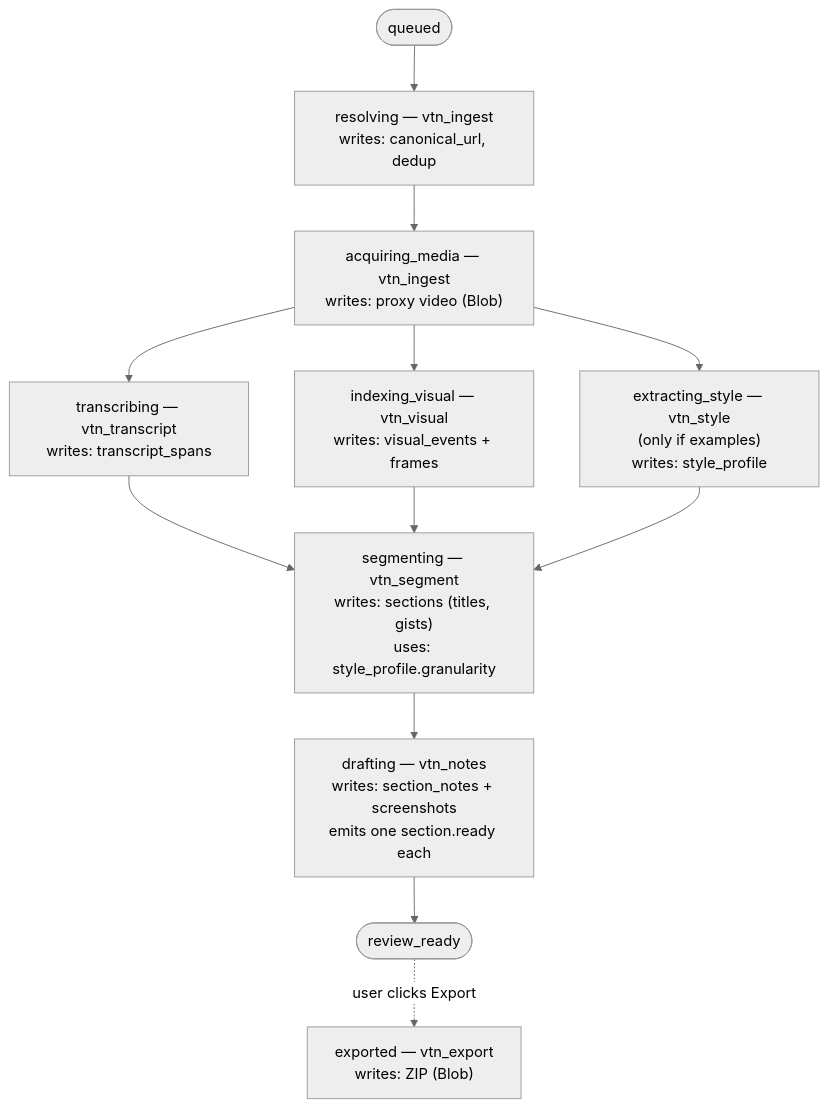
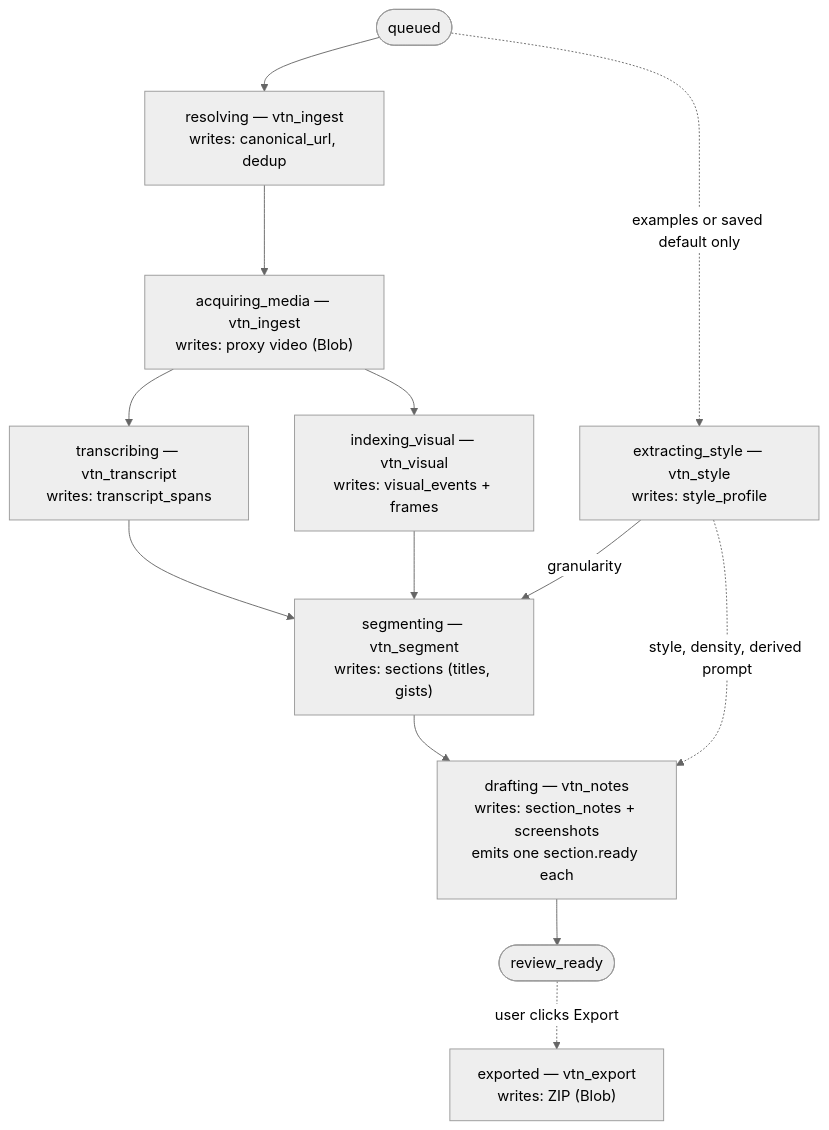
One commit to zhuohanl/video-to-note changed the second of 2 diagrams in docs/specs/2026-06-02-video-to-note-design.md. Above: the diagram before and after it, drawn with Mermaid (neutral theme). The commit also changed other lines of this file, not shown here.

First line of the commit message:
Fix proofread findings and correct style-profile data flow in Diagram 2

````diff
--- a/docs/specs/2026-06-02-video-to-note-design.md
+++ b/docs/specs/2026-06-02-video-to-note-design.md
@@ -251,14 +251,15 @@
 ```mermaid
 flowchart TD
     Q([queued]) --> R["resolving — vtn_ingest<br/>writes: canonical_url, dedup"]
     R --> A["acquiring_media — vtn_ingest<br/>writes: proxy video (Blob)"]
     A --> T["transcribing — vtn_transcript<br/>writes: transcript_spans"]
     A --> V["indexing_visual — vtn_visual<br/>writes: visual_events + frames"]
-    A --> E["extracting_style — vtn_style<br/>(only if examples)<br/>writes: style_profile"]
-    T --> S["segmenting — vtn_segment<br/>writes: sections (titles, gists)<br/>uses: style_profile.granularity"]
+    Q -. examples or saved default only .-> E["extracting_style — vtn_style<br/>writes: style_profile"]
+    T --> S["segmenting — vtn_segment<br/>writes: sections (titles, gists)"]
     V --> S
-    E --> S
+    E -->|granularity| S
     S --> D["drafting — vtn_notes<br/>writes: section_notes + screenshots<br/>emits one section.ready each"]
+    E -.->|style, density, derived prompt| D
     D --> RR([review_ready])
     RR -. user clicks Export .-> X["exported — vtn_export<br/>writes: ZIP (Blob)"]
 ```
````
